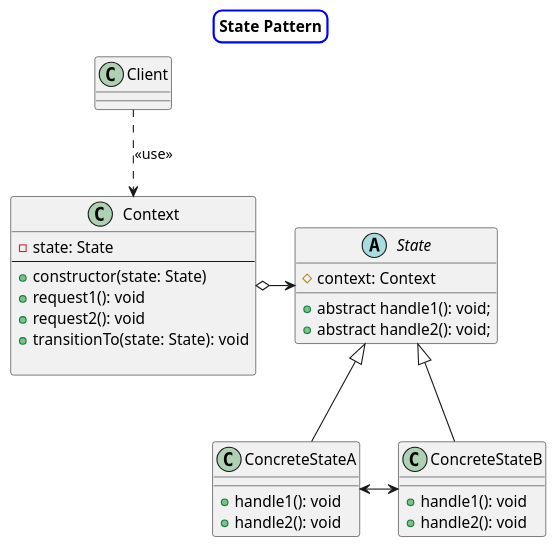
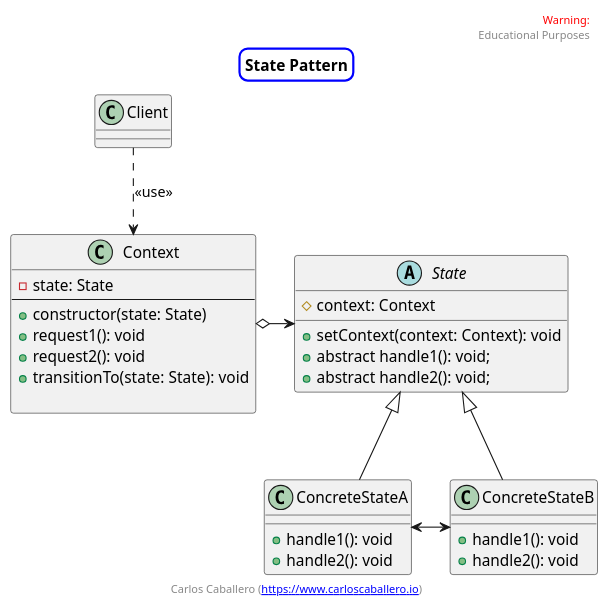
The diagram in state-pattern/example1/state-solution-1/uml.plantuml (Caballerog/blog), drawn with PlantUML before and after one commit. The commit also changed 17 other files, not shown here.

```diff
--- a/state-pattern/example1/state-solution-1/uml.plantuml
+++ b/state-pattern/example1/state-solution-1/uml.plantuml
@@ -1,43 +1,53 @@
 @startuml
 
 skinparam titleBorderRoundCorner 15
 skinparam titleBorderThickness 2
 skinparam titleBorderColor blue
 
 title State Pattern 
 
+
+header
+<font color=red>Warning:</font>
+Educational Purposes
+endheader
+
+center footer Carlos Caballero ([[https://www.carloscaballero.io https://www.carloscaballero.io]])
+
+
 Client -[dashed]-> Context : "<<use>>" 
 ConcreteStateA <-> ConcreteStateB
 
 abstract class State {
     # context: Context
 
+    + setContext(context: Context): void
     + abstract handle1(): void;
     + abstract handle2(): void;
 }
 
 
 class ConcreteStateA extends State {
     + handle1(): void 
     + handle2(): void 
 }
 class ConcreteStateB extends State {
     + handle1(): void 
     + handle2(): void 
 }
 
 class Context {
     - state: State
     --
     + constructor(state: State)
     + request1(): void
     + request2(): void
     + transitionTo(state: State): void
 
 }
 
 
 
 Context o-> State
 
 @enduml
```
